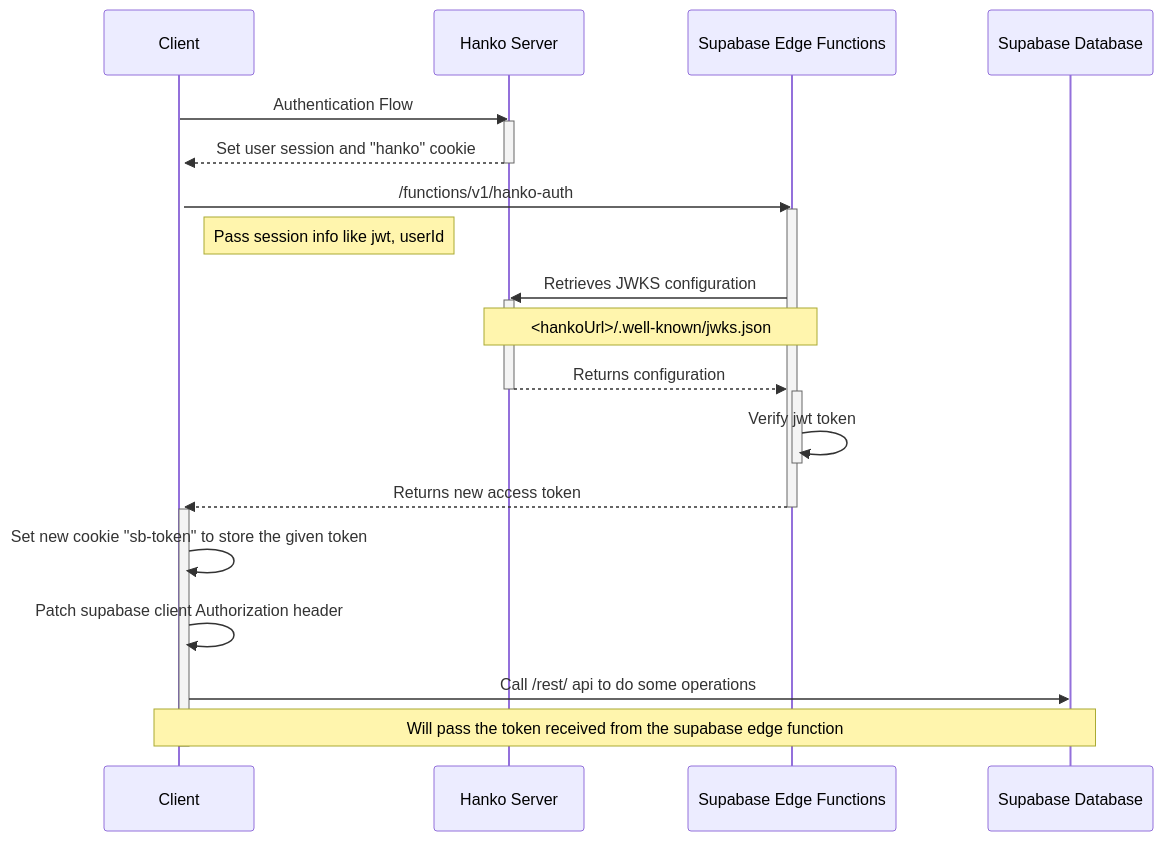
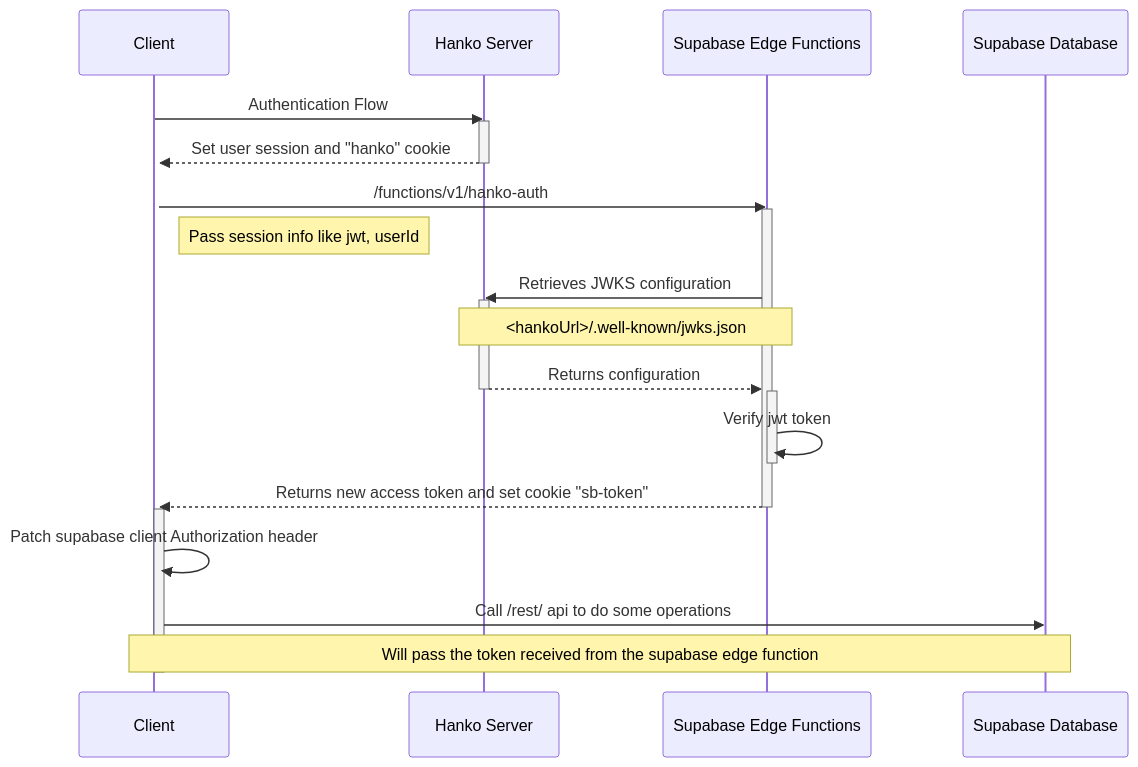
One commit to riccardoperra/specflow changed the diagram in README.md. Above: the diagram before and after it, drawn with Mermaid. The commit also changed 3 other files, not shown here.

Commit message:
hanko-auth: set cookie from edge function

````diff
--- a/README.md
+++ b/README.md
@@ -53,31 +53,30 @@
 ```mermaid
 sequenceDiagram
     participant Client
     participant Hanko Server
     participant Supabase Edge Functions
     participant Supabase Database
     Client->>Hanko Server: Authentication Flow
     activate Client
     activate Hanko Server
     Hanko Server-->>Client:  Set user session and "hanko" cookie
     deactivate Hanko Server
     Client->>Supabase Edge Functions: /functions/v1/hanko-auth
     activate Supabase Edge Functions
     Note right of Client: Pass session info like jwt, userId
     Supabase Edge Functions->>Hanko Server: Retrieves JWKS configuration
     activate Hanko Server
     Note over Supabase Edge Functions, Hanko Server: <hankoUrl>/.well-known/jwks.json
     Hanko Server-->>Supabase Edge Functions:Returns configuration
     deactivate Hanko Server
     activate Supabase Edge Functions
     Supabase Edge Functions->>Supabase Edge Functions: Verify jwt token
     deactivate Supabase Edge Functions
-    Supabase Edge Functions-->>Client: Returns new access token
+    Supabase Edge Functions-->>Client: Returns new access token and set cookie "sb-token"
     deactivate Supabase Edge Functions
     activate Client
-    Client->>Client: Set new cookie "sb-token" to store the given token
     Client->>Client: Patch supabase client Authorization header 
     Client->>Supabase Database: Call /rest/ api to do some operations
     note over Client, Supabase Database: Will pass the token received from the supabase edge function
     deactivate Client
 ```
````
